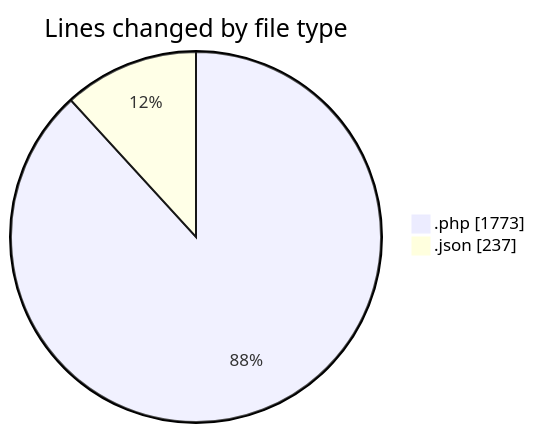
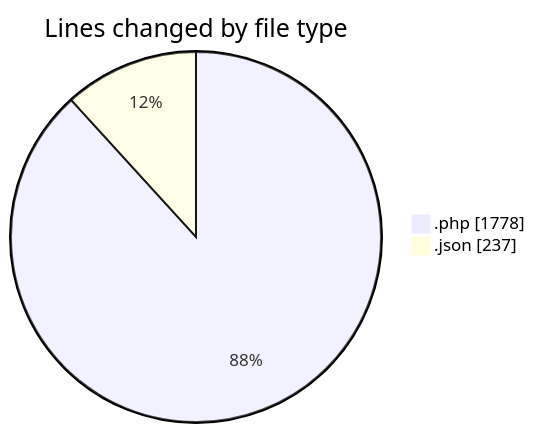
One commit to idhammustaqopulfikri/code-tracking changed the first of 2 diagrams in 2025-06-23/studio-backend/README.md. Above: the diagram before and after it, drawn with Mermaid. The commit also changed other lines of this file and 1 other file, not shown here.

````diff
--- a/2025-06-23/studio-backend/README.md
+++ b/2025-06-23/studio-backend/README.md
@@ -23,6 +23,6 @@
 ```mermaid
 pie showData
 title Lines changed by file type
-".php" : 1773
+".php" : 1778
 ".json" : 237
 ```
````
